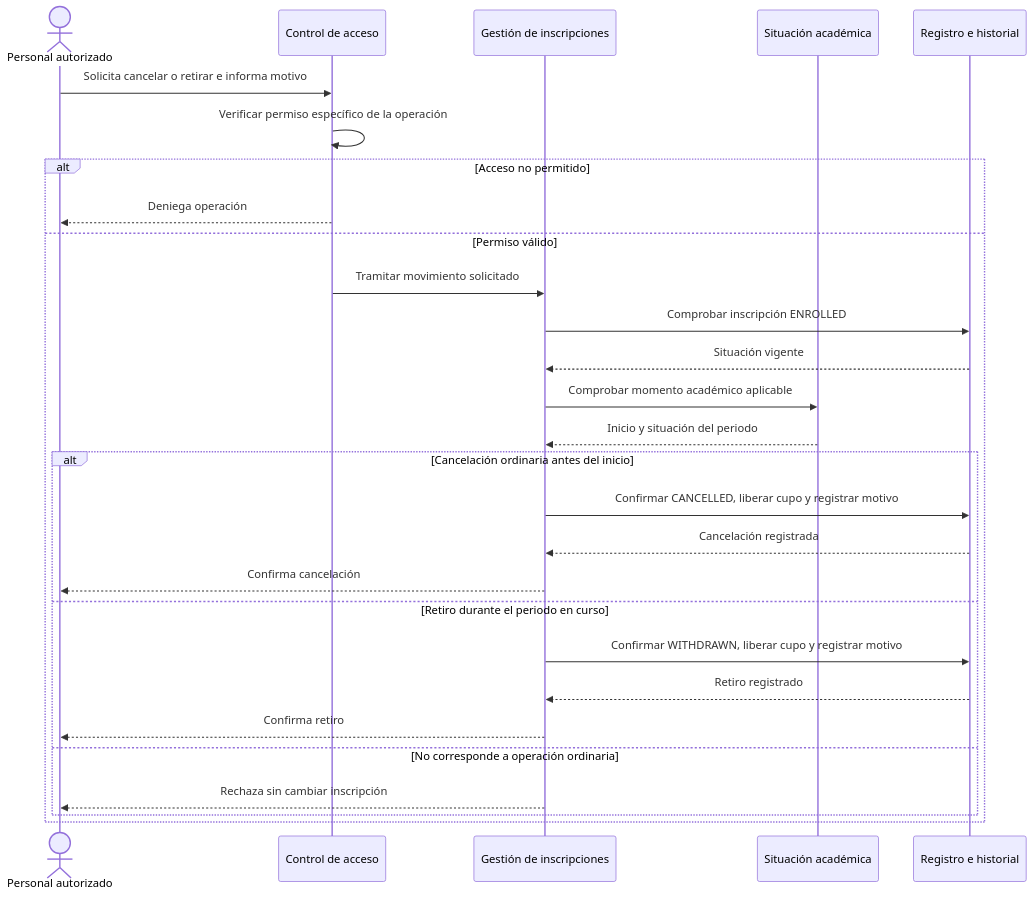
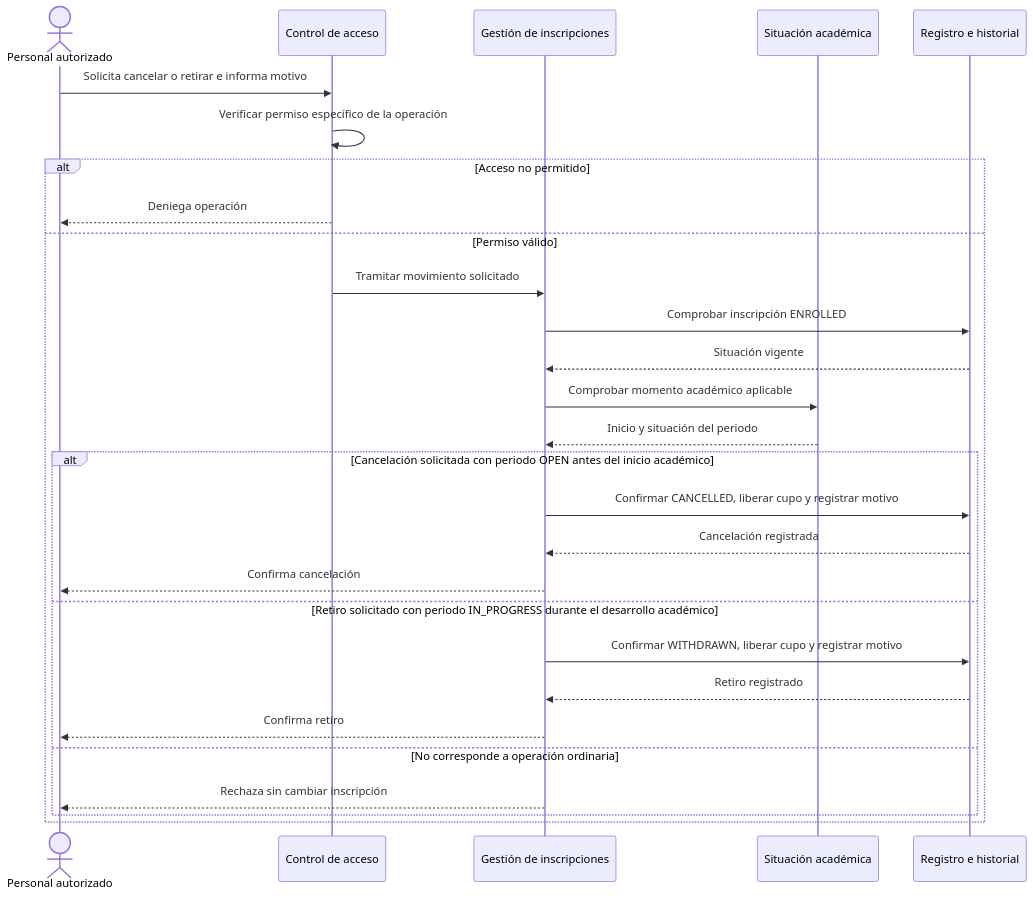
Before and after one commit to EderPanta18/academic-management-api: the third of 7 diagrams in docs/04-analysis/04-interaction-sequences.md, drawn with Mermaid. The commit also changed 21 other files, not shown here.

````diff
--- a/docs/04-analysis/04-interaction-sequences.md
+++ b/docs/04-analysis/04-interaction-sequences.md
@@ -86,31 +86,31 @@
 ```mermaid
 sequenceDiagram
     actor Operador as Personal autorizado
     participant Acceso as Control de acceso
     participant Gestion as Gestión de inscripciones
     participant Periodo as Situación académica
     participant Registro as Registro e historial
 
     Operador->>Acceso: Solicita cancelar o retirar e informa motivo
     Acceso->>Acceso: Verificar permiso específico de la operación
     alt Acceso no permitido
         Acceso-->>Operador: Deniega operación
     else Permiso válido
         Acceso->>Gestion: Tramitar movimiento solicitado
         Gestion->>Registro: Comprobar inscripción ENROLLED
         Registro-->>Gestion: Situación vigente
         Gestion->>Periodo: Comprobar momento académico aplicable
         Periodo-->>Gestion: Inicio y situación del periodo
-        alt Cancelación ordinaria antes del inicio
+        alt Cancelación solicitada con periodo OPEN antes del inicio académico
             Gestion->>Registro: Confirmar CANCELLED, liberar cupo y registrar motivo
             Registro-->>Gestion: Cancelación registrada
             Gestion-->>Operador: Confirma cancelación
-        else Retiro durante el periodo en curso
+        else Retiro solicitado con periodo IN_PROGRESS durante el desarrollo académico
             Gestion->>Registro: Confirmar WITHDRAWN, liberar cupo y registrar motivo
             Registro-->>Gestion: Retiro registrado
             Gestion-->>Operador: Confirma retiro
         else No corresponde a operación ordinaria
             Gestion-->>Operador: Rechaza sin cambiar inscripción
         end
     end
 ```
````
